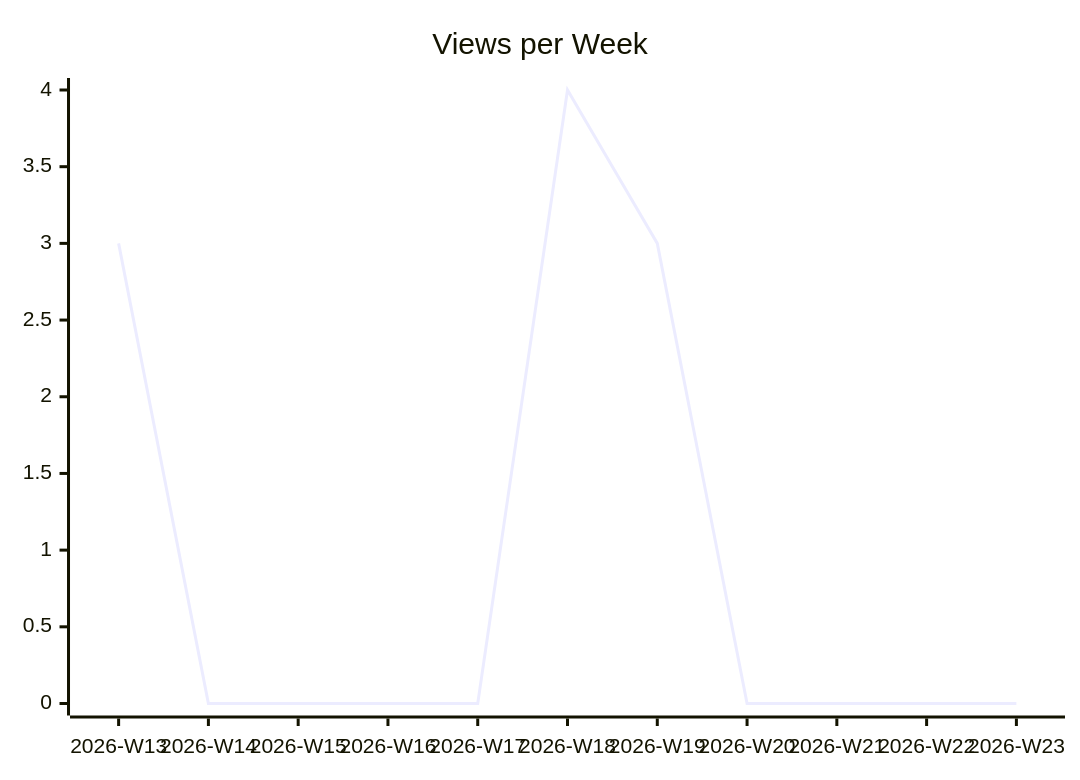
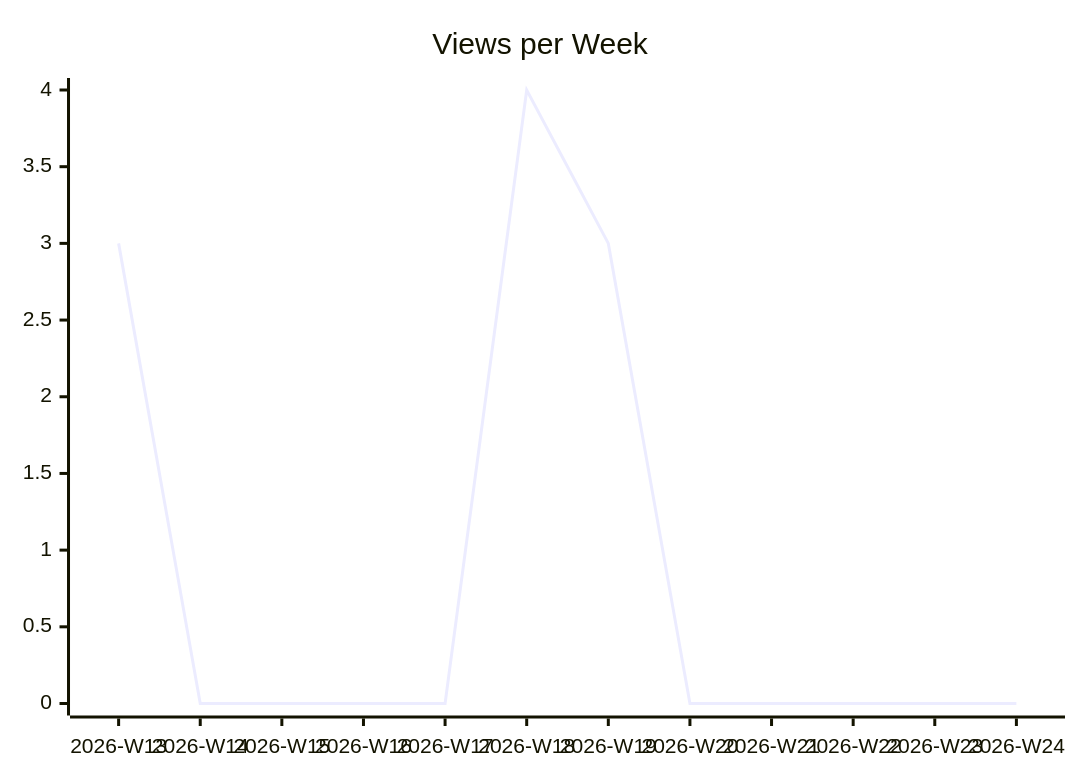
The second of 3 diagrams in karlmdavis/kxml2/README.md (justdavis-family/github-analytics-data), drawn with Mermaid before and after one commit. The commit also changed other lines of this file and 189 other files, not shown here.

````diff
--- a/karlmdavis/kxml2/README.md
+++ b/karlmdavis/kxml2/README.md
@@ -12,6 +12,6 @@
 ```mermaid
 xychart-beta
   title "Views per Week"
-  x-axis ["2026-W13", "2026-W14", "2026-W15", "2026-W16", "2026-W17", "2026-W18", "2026-W19", "2026-W20", "2026-W21", "2026-W22", "2026-W23"]
-  line [3, 0, 0, 0, 0, 4, 3, 0, 0, 0, 0]
+  x-axis ["2026-W13", "2026-W14", "2026-W15", "2026-W16", "2026-W17", "2026-W18", "2026-W19", "2026-W20", "2026-W21", "2026-W22", "2026-W23", "2026-W24"]
+  line [3, 0, 0, 0, 0, 4, 3, 0, 0, 0, 0, 0]
 ```
````
